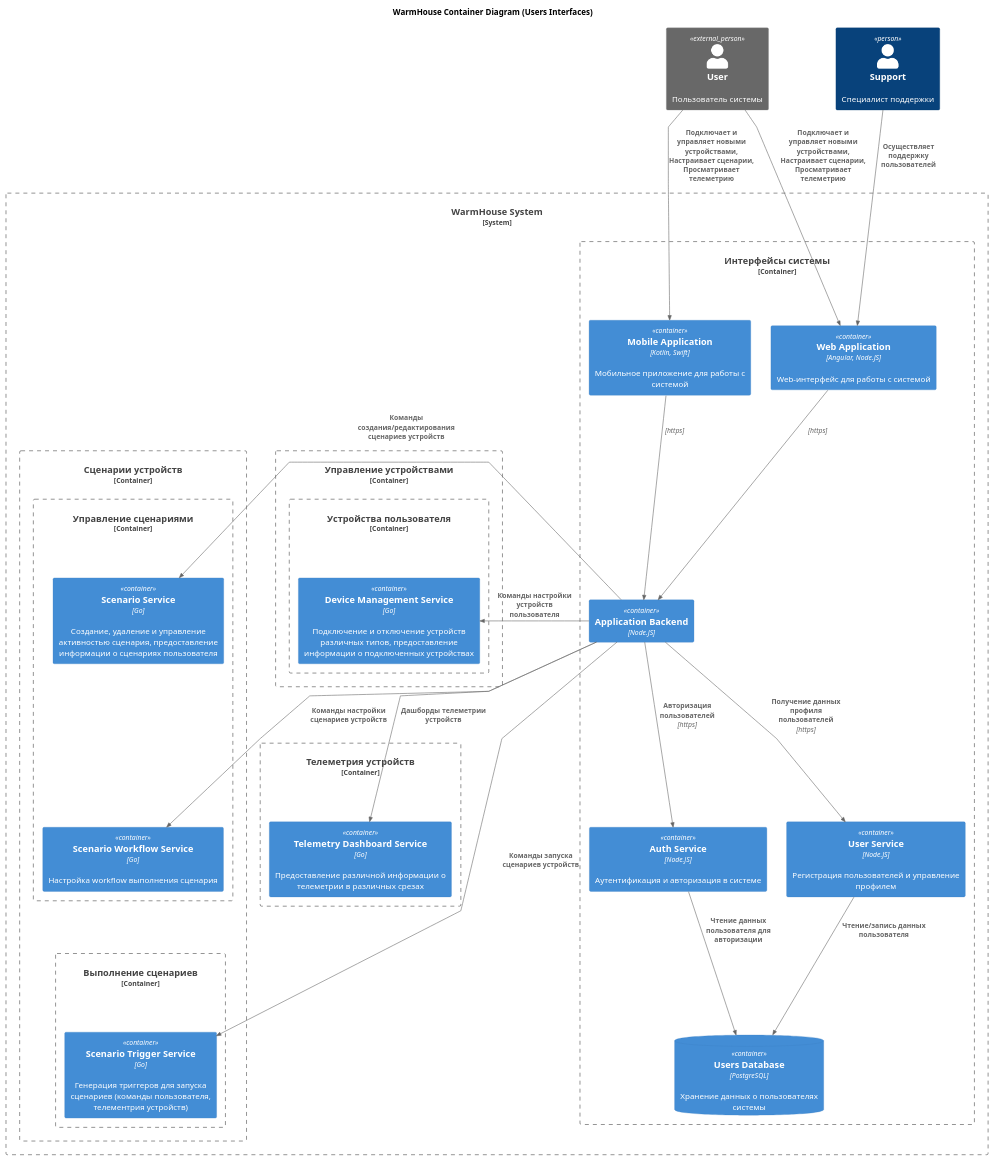
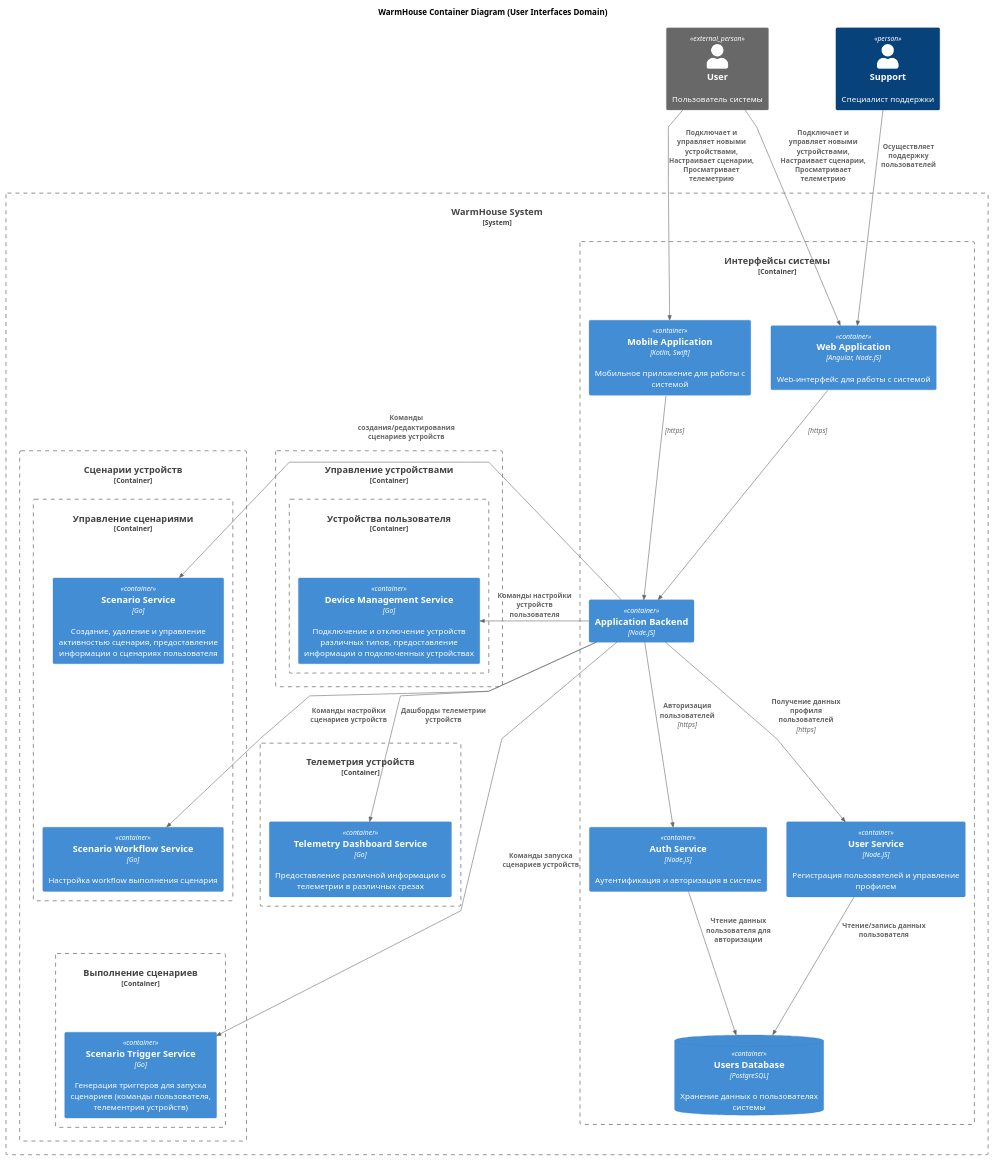
One commit to oreshkanet/ya-architecture-pro-warmhouse changed the diagram in diagrams/container/WarmHouse_Container_UserInterfaces.puml. Above: the diagram before and after it, drawn with PlantUML. The commit also changed 7 other files, not shown here.

```diff
--- a/diagrams/container/WarmHouse_Container_UserInterfaces.puml
+++ b/diagrams/container/WarmHouse_Container_UserInterfaces.puml
@@ -1,70 +1,70 @@
-@startuml WarmHouse_Container_ToBe
-title WarmHouse Container Diagram (Users Interfaces)
+@startuml WarmHouse_Container_UserInterfacesDomain
+title WarmHouse Container Diagram (User Interfaces Domain)
 
 top to bottom direction
 
 !include ../c4/C4_Container.puml
 
 skinparam wrapWidth 300
 skinparam linetype polyline
 
 Person_Ext(User, "User", "Пользователь системы")
 Person(Support, "Support", "Специалист поддержки")
 
 System_Boundary(WarmHouseSystem, "WarmHouse System") {
     Container_Boundary(UsersInterfacesDomain, "Интерфейсы системы") {
         Container(WebApp, "Web Application", "Angular, Node.JS", "Web-интерфейс для работы с системой")
         Container(MobileApp, "Mobile Application", "Kotlin, Swift", "Мобильное приложение для работы с системой")
         Container(BackendForFrontend, "Application Backend", "Node.JS", "")
         Container(UserService, "User Service", "Node.JS", "Регистрация пользователей и управление профилем")
         Container(AuthService, "Auth Service", "Node.JS", "Аутентификация и авторизация в системе")
         ContainerDb(UsersDatabase, "Users Database", "PostgreSQL", "Хранение данных о пользователях системы")
         
         Rel(WebApp, BackendForFrontend, "", "https")
         Rel(MobileApp, BackendForFrontend, "", "https")
         Rel(BackendForFrontend, UserService, "Получение данных профиля пользователей", "https")
         Rel(BackendForFrontend, AuthService, "Авторизация пользователей", "https")        
         Rel(UserService, UsersDatabase, "Чтение/запись данных пользователя")
         Rel(AuthService, UsersDatabase, "Чтение данных пользователя для авторизации")
     }
 
     Container_Boundary(DeviceDomain, "Управление устройствами") {
         Container_Boundary(UserDeviceDomain, "Устройства пользователя") {
             Container(DeviceManagementService, "Device Management Service", "Go", "Подключение и отключение устройств различных типов, предоставление информации о подключенных устройствах")
         }
     }
 
     Container_Boundary(ScenarioDomain, "Сценарии устройств") {
         Container_Boundary(ScenarioManagementDomain, "Управление сценариями") {
             Container(ScenarioService, "Scenario Service", "Go", "Создание, удаление и управление активностью сценария, предоставление информации о сценариях пользователя")
             Container(ScenarioWorkflowService, "Scenario Workflow Service", "Go", "Настройка workflow выполнения сценария")
 
             Lay_D(ScenarioService, ScenarioWorkflowService)
         }
 
         Container_Boundary(ScenarioProcessingDomain, "Выполнение сценариев") {
             Container(ScenarioTriggerService, "Scenario Trigger Service", "Go", "Генерация триггеров для запуска сценариев (команды пользователя, телементрия устройств)")
         }
 
         Lay_D(ScenarioWorkflowService, ScenarioTriggerService)
     }
   
     Container_Boundary(TelemetryDomain, "Телеметрия устройств") {
         Container(TelemetryDashboardService, "Telemetry Dashboard Service", "Go", "Предоставление различной информации о телеметрии в различных срезах")
     }
 
     Lay_D(DeviceManagementService, TelemetryDashboardService)
 }
 
 ' Взаимодействие пользователей с системой
 Rel(User, WebApp, "Подключает и управляет новыми устройствами, Настраивает сценарии, Просматривает телеметрию")
 Rel(User, MobileApp, "Подключает и управляет новыми устройствами, Настраивает сценарии, Просматривает телеметрию")
 Rel(Support, WebApp, "Осуществляет поддержку пользователей")
 
 Rel_R(BackendForFrontend, TelemetryDashboardService, "Дашборды телеметрии устройств")
 Rel_R(BackendForFrontend, DeviceManagementService, "Команды настройки устройств пользователя")
 Rel_R(BackendForFrontend, ScenarioService, "Команды создания/редактирования сценариев устройств")
 Rel_R(BackendForFrontend, ScenarioWorkflowService, "Команды настройки сценариев устройств")
 Rel_R(BackendForFrontend, ScenarioTriggerService, "Команды запуска сценариев устройств")
 
 @enduml
```
